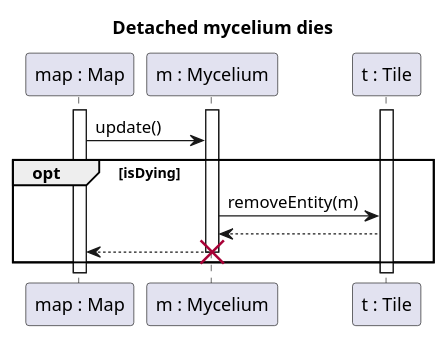
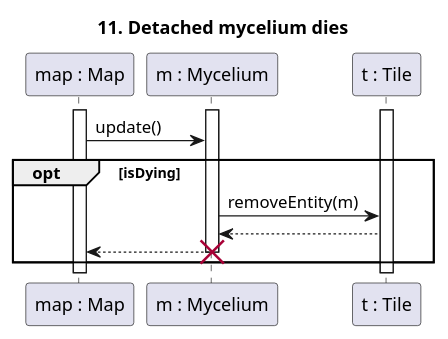
One commit to Harcipan/Projlab_nullpointerexception changed the diagram in diagrams/diagramFiles/SQ_MyceliumDies.puml. Above: the diagram before and after it, drawn with PlantUML. The commit also changed 19 other files, not shown here.

Commit message:
numbered sq diagrams

```diff
--- a/diagrams/diagramFiles/SQ_MyceliumDies.puml
+++ b/diagrams/diagramFiles/SQ_MyceliumDies.puml
@@ -1,24 +1,24 @@
 @startuml Mycelium dies
 
-title Detached mycelium dies
+title 11. Detached mycelium dies
 
 participant "map : Map" as M
 participant "m : Mycelium" as T
 participant "t : Tile" as Tl
 
 activate T
 activate M
 activate Tl
 
 M -> T : update()
 opt isDying
     T -> Tl : removeEntity(m)
     Tl --> T
     T --> M
 
 destroy T
 
 end
 
 
 @enduml
```
